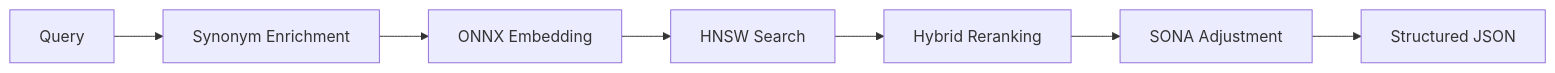
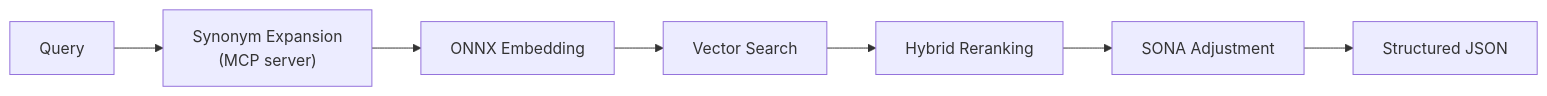
The third of 9 diagrams in README.md (krejcif/magector), drawn with Mermaid before and after one commit. The commit also changed other lines of this file, not shown here.

````diff
--- a/README.md
+++ b/README.md
@@ -112,9 +97,9 @@
 ```mermaid
 flowchart LR
-  Q["Query"] --> E1["Synonym Enrichment"]
+  Q["Query"] --> E1["Synonym Expansion<br/>(MCP server)"]
   E1 --> E2["ONNX Embedding"]
-  E2 --> H["HNSW Search"]
+  E2 --> H["Vector Search"]
   H --> R["Hybrid Reranking"]
   R --> SA["SONA Adjustment"]
   SA --> J["Structured JSON"]
 ```
````
